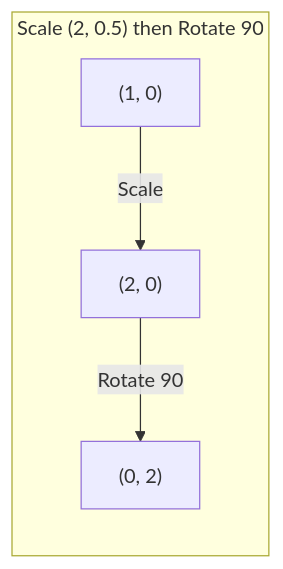
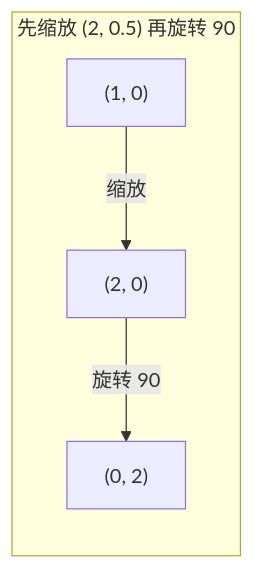
One commit to alessandrodinisio-ai/ai-engineering-learning-framework changed the seventh of 7 diagrams in phases/01-math-foundations/03-matrix-transformations/docs/zh.md. Above: the diagram before and after it, drawn with Mermaid. The commit also changed other lines of this file and 120 other files, not shown here.

First line of the commit message:
i18n(mermaid): 337 个 mermaid 图表标签中文化

````diff
--- a/phases/01-math-foundations/03-matrix-transformations/docs/zh.md
+++ b/phases/01-math-foundations/03-matrix-transformations/docs/zh.md
@@ -164,6 +164,6 @@
 ```mermaid
 graph LR
-    subgraph Path2["Scale (2, 0.5) then Rotate 90"]
-        Q1["(1, 0)"] -->|"Scale"| Q2["(2, 0)"] -->|"Rotate 90"| Q3["(0, 2)"]
+    subgraph Path2["先缩放 (2, 0.5) 再旋转 90"]
+        Q1["(1, 0)"] -->|"缩放"| Q2["(2, 0)"] -->|"旋转 90"| Q3["(0, 2)"]
     end
 ```
````
